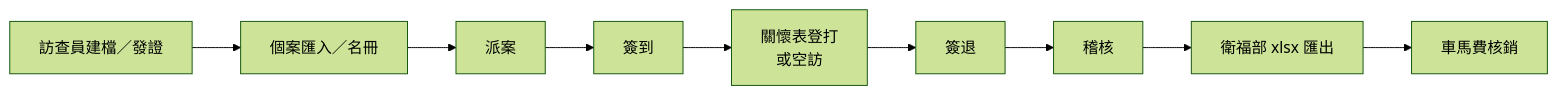
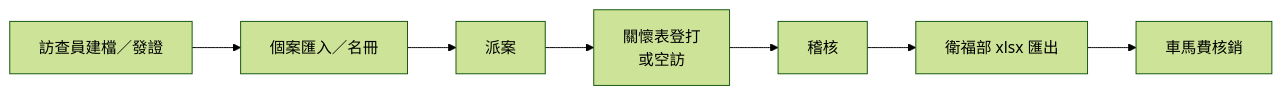
Before and after one commit to yongheelderly0826-design/Elder-Visit-Platform: the fifth of 13 diagrams in docs/system-architecture.md, drawn with Mermaid (forest theme). The commit also changed other lines of this file and 83 other files, not shown here.

````diff
--- a/docs/system-architecture.md
+++ b/docs/system-architecture.md
@@ -145,11 +153,9 @@
 ```mermaid
 flowchart LR
   A["訪查員建檔／發證"] --> B["個案匯入／名冊"]
   B --> C["派案"]
-  C --> D["簽到"]
-  D --> E["關懷表登打<br/>或空訪"]
-  E --> F["簽退"]
-  F --> G["稽核"]
-  G --> H["衛福部 xlsx 匯出"]
-  H --> I["車馬費核銷"]
+  C --> D["關懷表登打<br/>或空訪"]
+  D --> E["稽核"]
+  E --> F["衛福部 xlsx 匯出"]
+  F --> G["車馬費核銷"]
 ```
````
